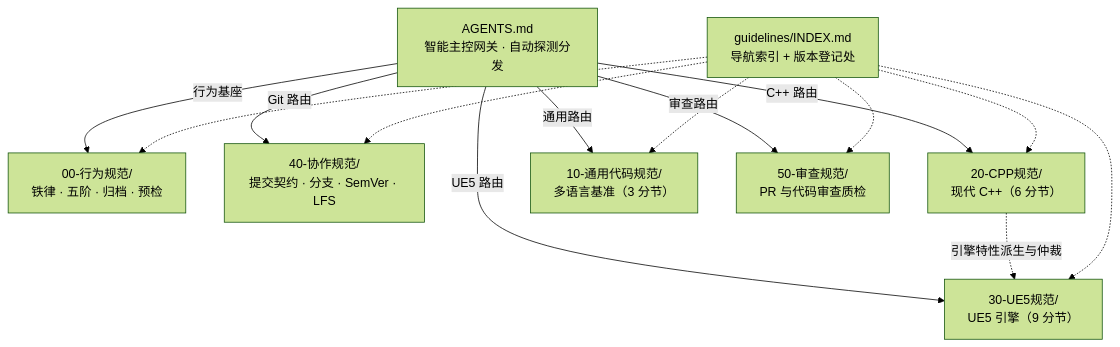
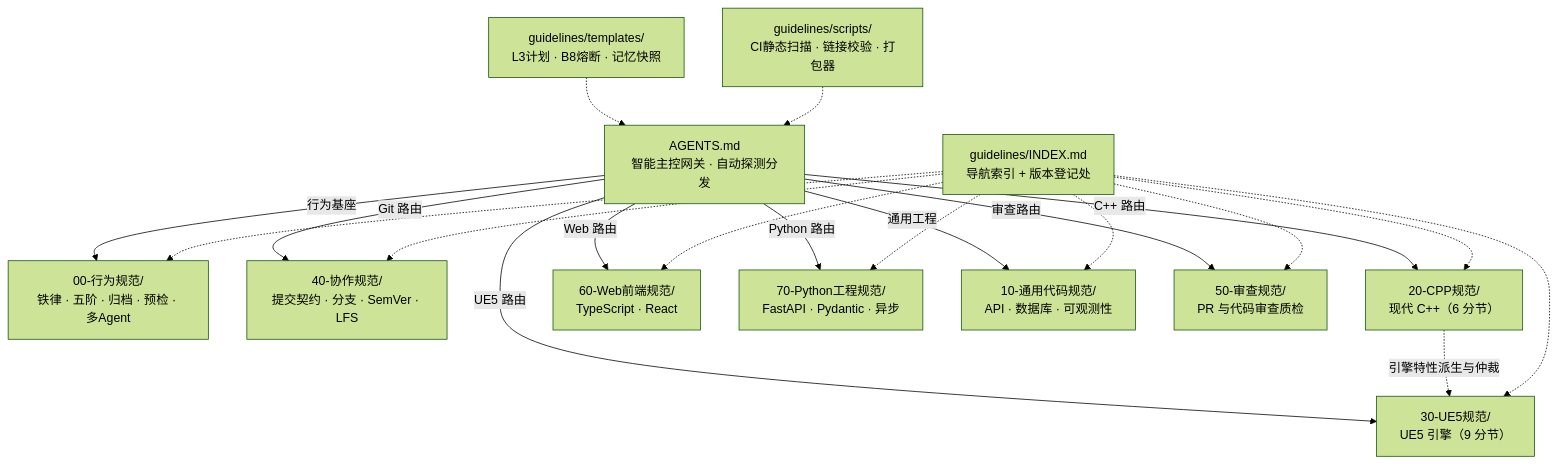
The diagram in README.md (YIice-cwj/ai-coding-standards), drawn with Mermaid (forest theme) before and after one commit. The commit also changed other lines of this file and 46 other files, not shown here.

````diff
--- a/README.md
+++ b/README.md
@@ -17,11 +44,15 @@
 ```mermaid
 graph TD
-    M[AGENTS.md<br/>智能主控网关 · 自动探测分发] -->|行为基座| A[00-行为规范/<br/>铁律 · 五阶 · 归档 · 预检]
+    M[AGENTS.md<br/>智能主控网关 · 自动探测分发] -->|行为基座| A[00-行为规范/<br/>铁律 · 五阶 · 归档 · 预检 · 多Agent]
     M -->|Git 路由| F[40-协作规范/<br/>提交契约 · 分支 · SemVer · LFS]
     M -->|C++ 路由| C[20-CPP规范/<br/>现代 C++（6 分节）]
     M -->|UE5 路由| D[30-UE5规范/<br/>UE5 引擎（9 分节）]
-    M -->|通用路由| B[10-通用代码规范/<br/>多语言基准（3 分节）]
+    M -->|Web 路由| W[60-Web前端规范/<br/>TypeScript · React]
+    M -->|Python 路由| P[70-Python工程规范/<br/>FastAPI · Pydantic · 异步]
+    M -->|通用工程| B[10-通用代码规范/<br/>API · 数据库 · 可观测性]
     M -->|审查路由| E[50-审查规范/<br/>PR 与代码审查质检]
     C -.->|引擎特性派生与仲裁| D
-    IDX[guidelines/INDEX.md<br/>导航索引 + 版本登记处] -.-> A & B & C & D & E & F
+    T[guidelines/templates/<br/>L3计划 · B8熔断 · 记忆快照] -.-> M
+    S[guidelines/scripts/<br/>CI静态扫描 · 链接校验 · 打包器] -.-> M
+    IDX[guidelines/INDEX.md<br/>导航索引 + 版本登记处] -.-> A & B & C & D & E & F & W & P
 ```
````
